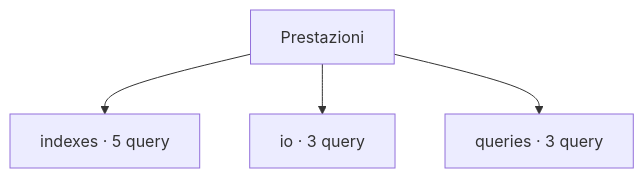
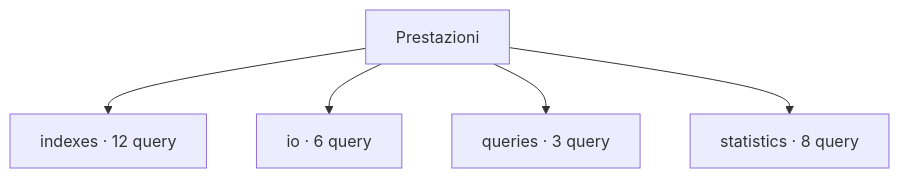
Before and after one commit to Mohamed-DN/PG-DN_scripts: the diagram in scripts/performance/README.md, drawn with Mermaid. The commit also changed other lines of this file and 533 other files, not shown here.

````diff
--- a/scripts/performance/README.md
+++ b/scripts/performance/README.md
@@ -11,7 +51,8 @@
 ```mermaid
 flowchart TD
     root["Prestazioni"]
-    root --> c0["indexes · 5 query"]
-    root --> c1["io · 3 query"]
+    root --> c0["indexes · 12 query"]
+    root --> c1["io · 6 query"]
     root --> c2["queries · 3 query"]
+    root --> c3["statistics · 8 query"]
 ```
````
